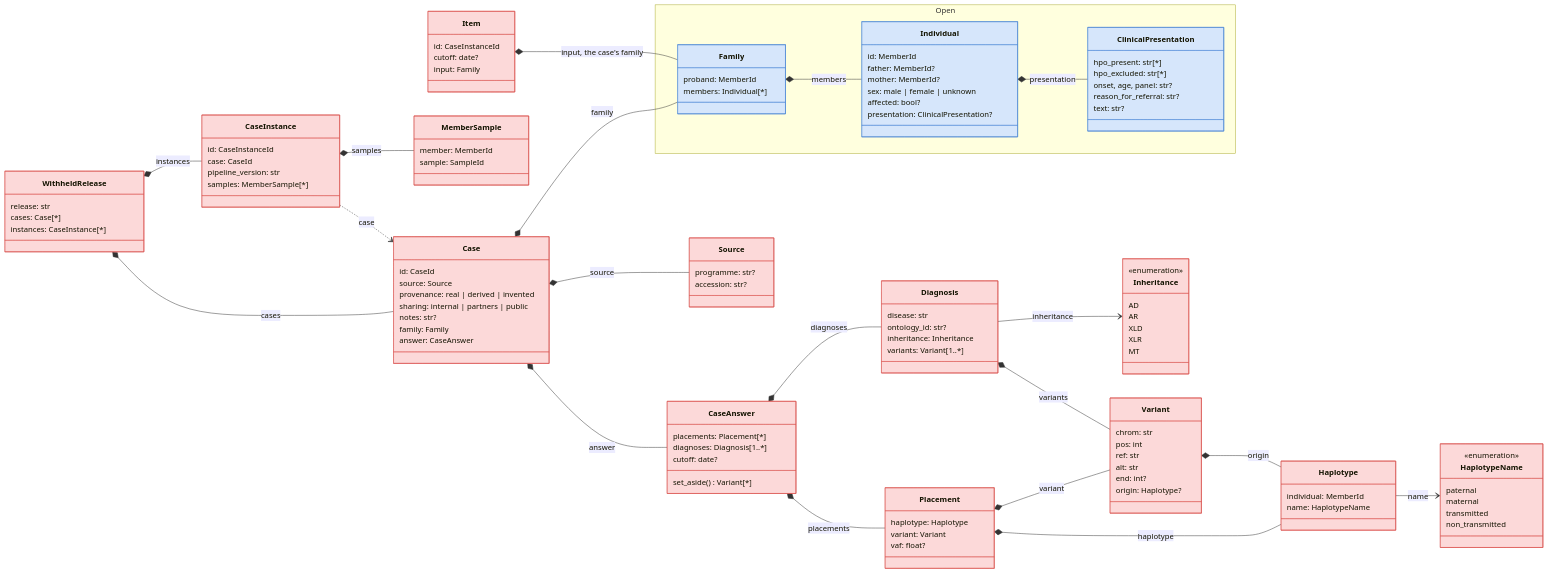
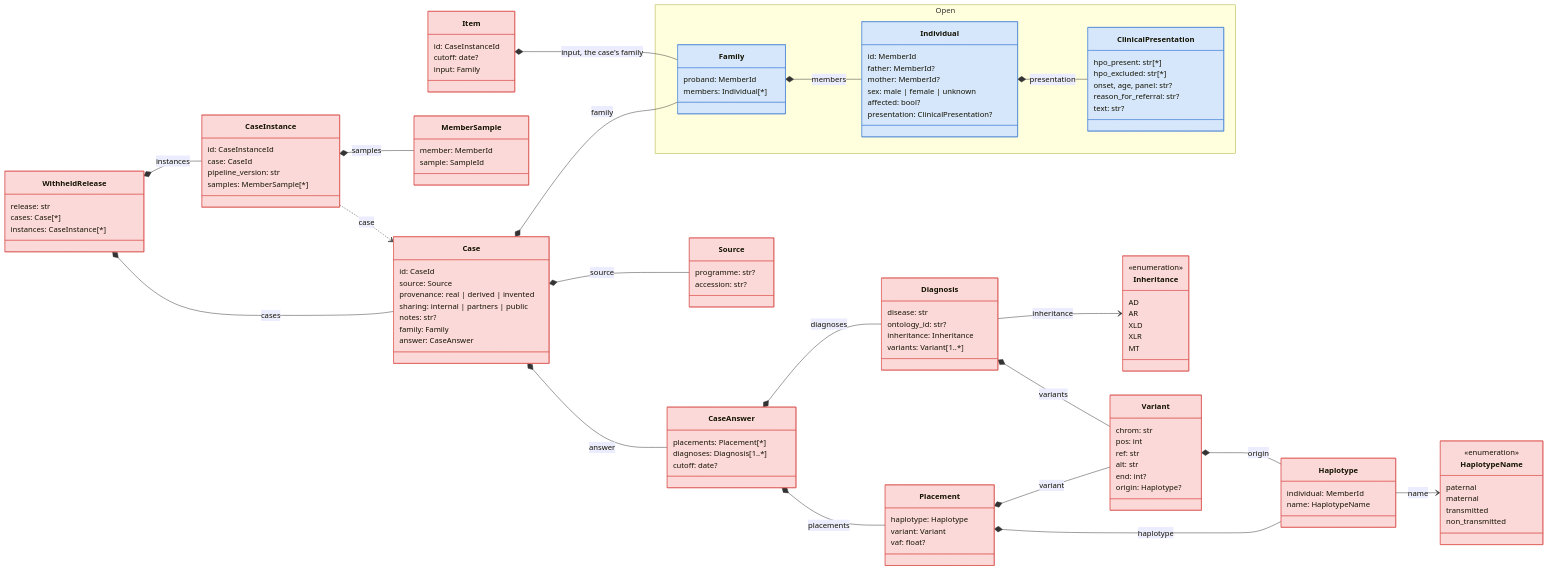
The first of 4 diagrams in docs/schema.md (populationgenomics/rare-disease-benchmark), drawn with Mermaid before and after one commit. The commit also changed other lines of this file and 2 other files, not shown here.

First line of the commit message:
schema: drop CaseAnswer.set_aside

```diff
--- a/docs/schema.md
+++ b/docs/schema.md
@@ -44,7 +44,6 @@
         placements: Placement[*]
         diagnoses: Diagnosis[1..*]
         cutoff: date?
-        set_aside() Variant[*]
     }
     class Placement {
         haplotype: Haplotype
```
